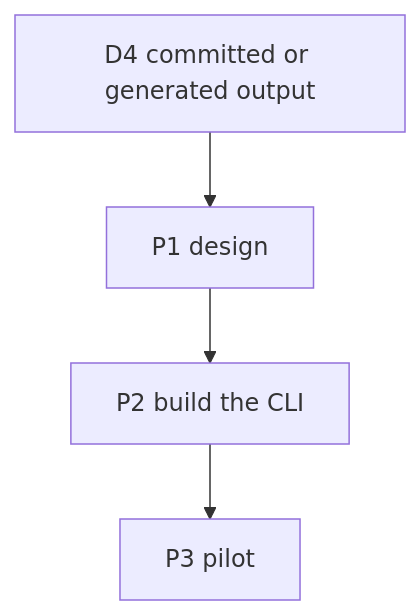
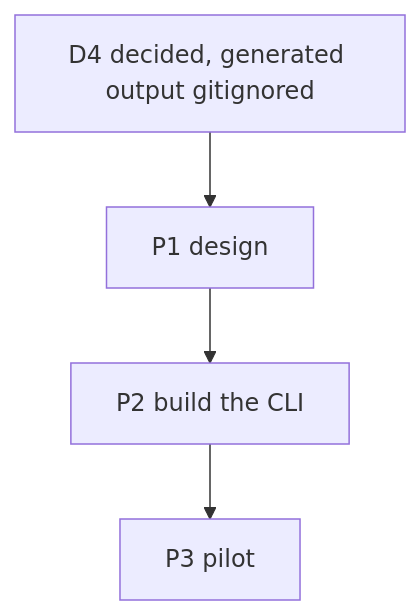
One commit to Danidani23/agents-rein changed the first of 4 diagrams in docs/implementation_plans/2026-10-11_harness-distribution-tool.md. Above: the diagram before and after it, drawn with Mermaid. The commit also changed other lines of this file, not shown here.

First line of the commit message:
docs(plans): board and design for reins, the harness distribution tool

````diff
--- a/docs/implementation_plans/2026-10-11_harness-distribution-tool.md
+++ b/docs/implementation_plans/2026-10-11_harness-distribution-tool.md
@@ -206,6 +278,6 @@
 ```mermaid
 flowchart TD
-  D4[D4 committed or generated output] --> P1[P1 design]
+  D4[D4 decided, generated output gitignored] --> P1[P1 design]
   P1 --> P2[P2 build the CLI]
   P2 --> P3[P3 pilot]
 ```
````
